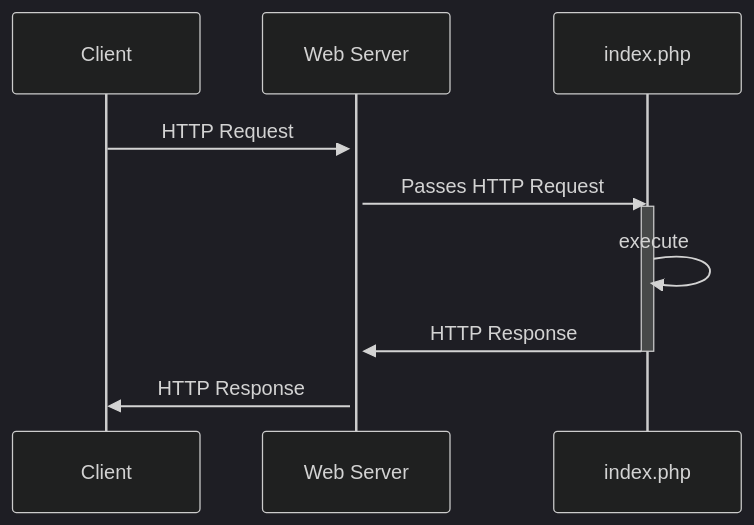
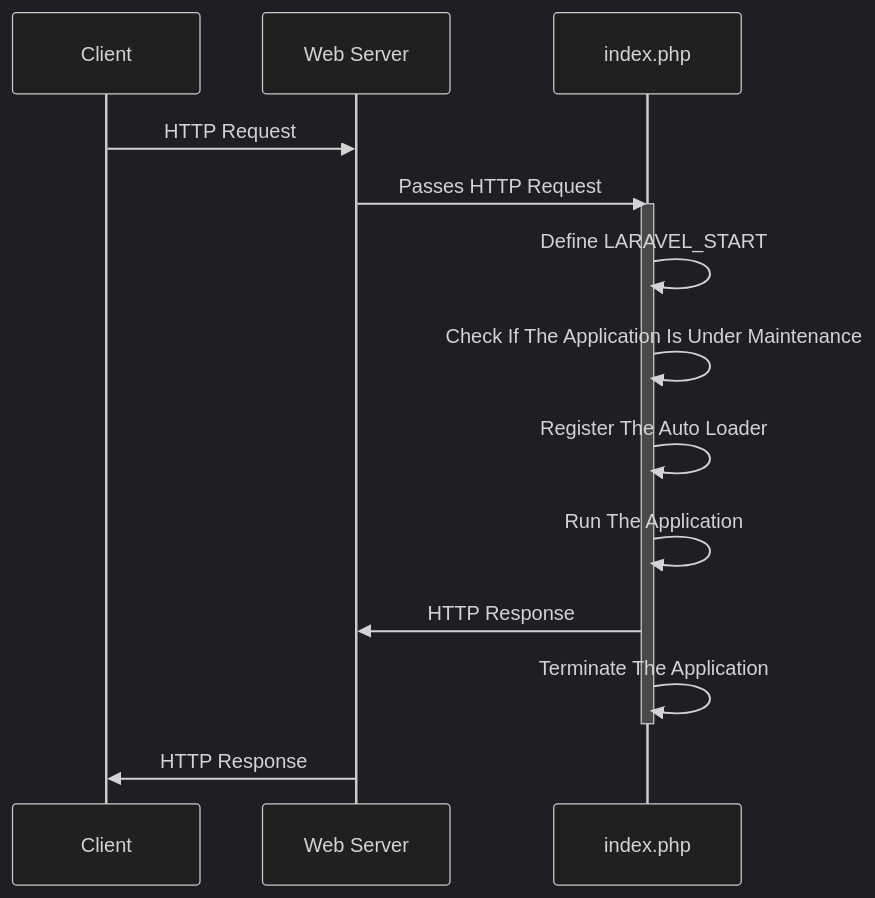
The diagram in part_3_building_a_web_app/chapter_6_laravel_as_a_backend_framework/1_the_scaffolding_of_a_laravel_app.md (bytejutsu/report), drawn with Mermaid (dark theme) before and after one commit. The commit also changed other lines of this file and 3 other files, not shown here.

````diff
--- a/part_3_building_a_web_app/chapter_6_laravel_as_a_backend_framework/1_the_scaffolding_of_a_laravel_app.md
+++ b/part_3_building_a_web_app/chapter_6_laravel_as_a_backend_framework/1_the_scaffolding_of_a_laravel_app.md
@@ -889,14 +81,17 @@
 ```mermaid
 sequenceDiagram
     participant Client
     participant WebServer as Web Server
     participant index.php
-    activate WebServer
     Client->>WebServer: HTTP Request
     WebServer->>index.php: Passes HTTP Request
     activate index.php
-    index.php->>index.php: execute
+    index.php->>index.php: Define LARAVEL_START
+    index.php->>index.php: Check If The Application Is Under Maintenance
+    index.php->>index.php: Register The Auto Loader
+    index.php->>index.php: Run The Application
     index.php->>WebServer: HTTP Response
+    index.php->>index.php: Terminate The Application
     deactivate index.php
     WebServer->>Client: HTTP Response
 ```
````
